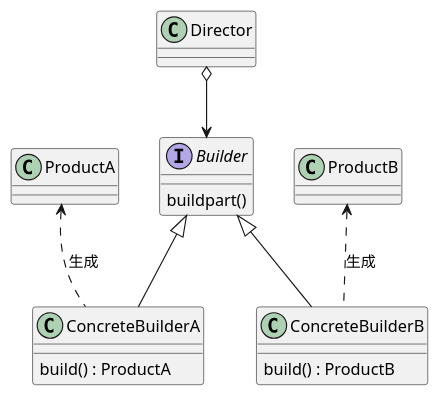
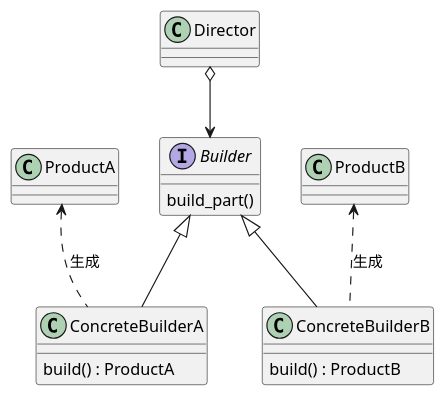
One commit to S-Tatsuya/DesignPattern changed the first of 2 diagrams in Pattern/Builder/Builder.md. Above: the diagram before and after it, drawn with PlantUML. The commit also changed other lines of this file, not shown here.

````diff
--- a/Pattern/Builder/Builder.md
+++ b/Pattern/Builder/Builder.md
@@ -10,22 +14,22 @@
 ```plantuml
 @startuml
 Director o--> Builder
 Builder <|-- ConcreteBuilderA
 Builder <|-- ConcreteBuilderB
 ProductA <.. ConcreteBuilderA : 生成
 ProductB <.. ConcreteBuilderB : 生成
 
 interface Builder{
-    buildpart()
+    build_part()
 }
 class ConcreteBuilderA{
     build() : ProductA
 }
 
 class ConcreteBuilderB{
     build() : ProductB
 }
 
 
 @enduml
 ```
````
